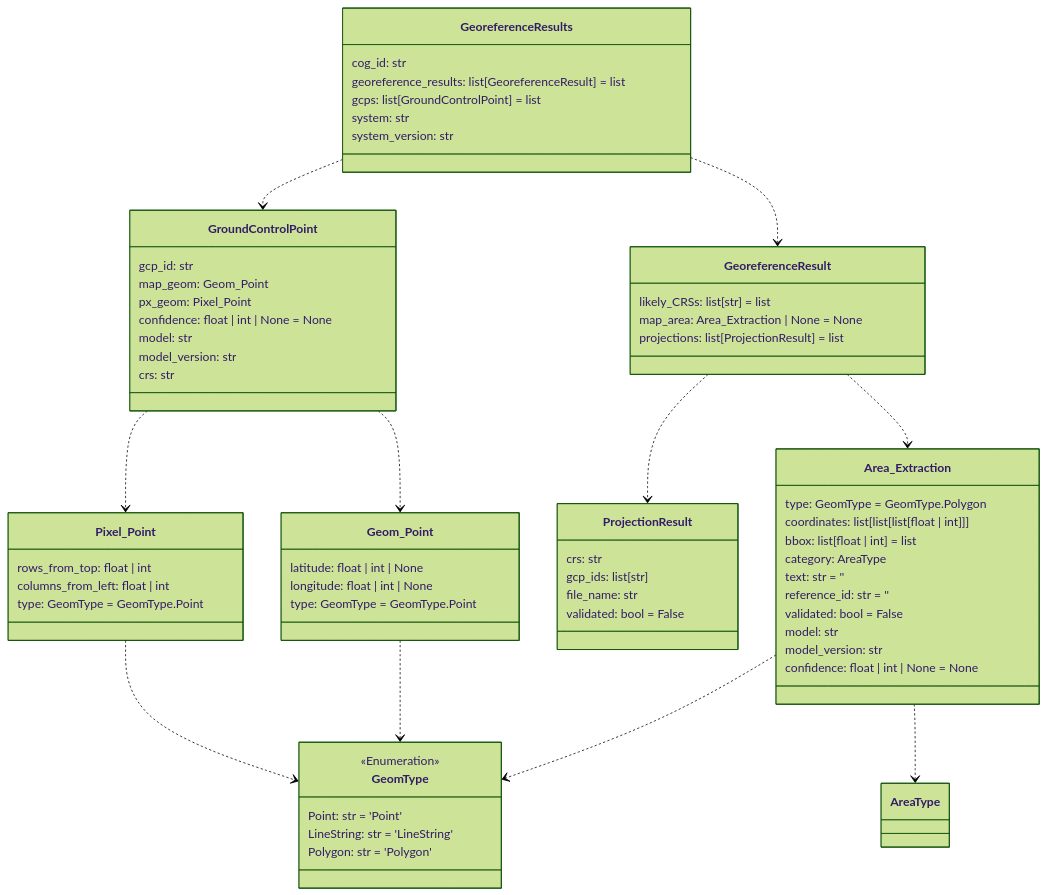
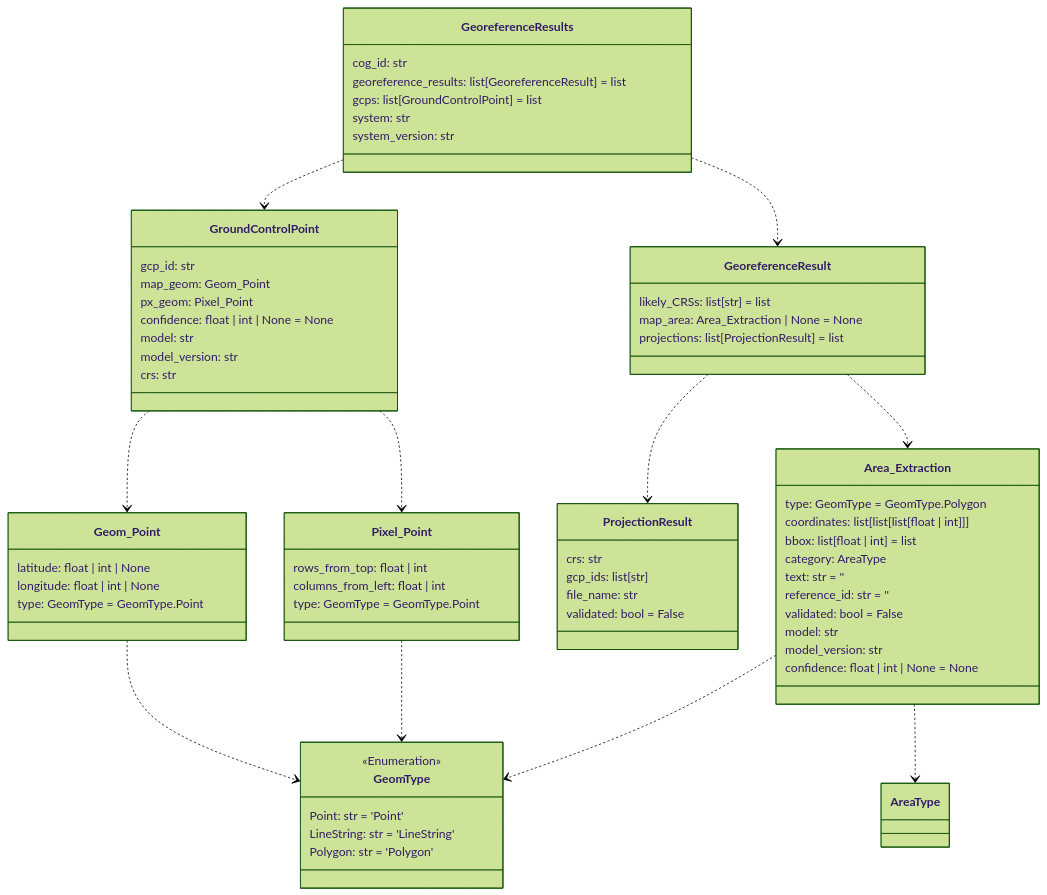
Before and after one commit to DARPA-CRITICALMAAS/cdr_schemas: the second of 14 diagrams in README.md, drawn with Mermaid (forest theme). The commit also changed other lines of this file and 1 other file, not shown here.

````diff
--- a/README.md
+++ b/README.md
@@ -117,79 +117,79 @@
 ```mermaid
 classDiagram
+
+    class Geom_Point {
+        latitude: float | int | None
+        longitude: float | int | None
+        type: GeomType = GeomType.Point
+    }
+
+    class GeomType {
+        <<Enumeration>>
+        Point: str = 'Point'
+        LineString: str = 'LineString'
+        Polygon: str = 'Polygon'
+    }
+
+    class Pixel_Point {
+        rows_from_top: float | int
+        columns_from_left: float | int
+        type: GeomType = GeomType.Point
+    }
+
+    class GeoreferenceResults {
+        cog_id: str
+        georeference_results: list[GeoreferenceResult] = list
+        gcps: list[GroundControlPoint] = list
+        system: str
+        system_version: str
+    }
+
+    class GroundControlPoint {
+        gcp_id: str
+        map_geom: Geom_Point
+        px_geom: Pixel_Point
+        confidence: float | int | None = None
+        model: str
+        model_version: str
+        crs: str
+    }
+
+    class GeoreferenceResult {
+        likely_CRSs: list[str] = list
+        map_area: Area_Extraction | None = None
+        projections: list[ProjectionResult] = list
+    }
+
+    class ProjectionResult {
+        crs: str
+        gcp_ids: list[str]
+        file_name: str
+        validated: bool = False
+    }
 
     class Area_Extraction {
         type: GeomType = GeomType.Polygon
         coordinates: list[list[list[float | int]]]
         bbox: list[float | int] = list
         category: AreaType
         text: str = ''
         reference_id: str = ''
         validated: bool = False
         model: str
         model_version: str
         confidence: float | int | None = None
     }
 
-    class Geom_Point {
-        latitude: float | int | None
-        longitude: float | int | None
-        type: GeomType = GeomType.Point
-    }
-
-    class GeomType {
-        <<Enumeration>>
-        Point: str = 'Point'
-        LineString: str = 'LineString'
-        Polygon: str = 'Polygon'
-    }
-
-    class ProjectionResult {
-        crs: str
-        gcp_ids: list[str]
-        file_name: str
-        validated: bool = False
-    }
-
-    class GeoreferenceResult {
-        likely_CRSs: list[str] = list
-        map_area: Area_Extraction | None = None
-        projections: list[ProjectionResult] = list
-    }
-
-    class GeoreferenceResults {
-        cog_id: str
-        georeference_results: list[GeoreferenceResult] = list
-        gcps: list[GroundControlPoint] = list
-        system: str
-        system_version: str
-    }
-
-    class Pixel_Point {
-        rows_from_top: float | int
-        columns_from_left: float | int
-        type: GeomType = GeomType.Point
-    }
-
-    class GroundControlPoint {
-        gcp_id: str
-        map_geom: Geom_Point
-        px_geom: Pixel_Point
-        confidence: float | int | None = None
-        model: str
-        model_version: str
-        crs: str
-    }
-
     Area_Extraction ..> GeomType
     Area_Extraction ..> AreaType
     Geom_Point ..> GeomType
     Pixel_Point ..> GeomType
+    GroundControlPoint ..> Geom_Point
     GroundControlPoint ..> Pixel_Point
-    GroundControlPoint ..> Geom_Point
     GeoreferenceResult ..> ProjectionResult
     GeoreferenceResult ..> Area_Extraction
     GeoreferenceResults ..> GroundControlPoint
     GeoreferenceResults ..> GeoreferenceResult
 
 
 ```
````
